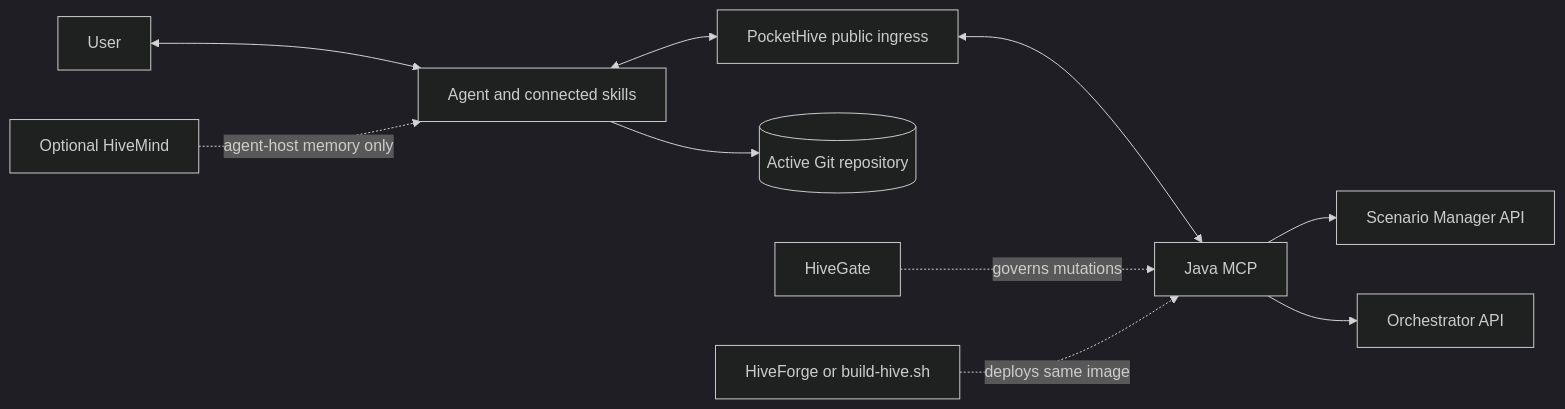
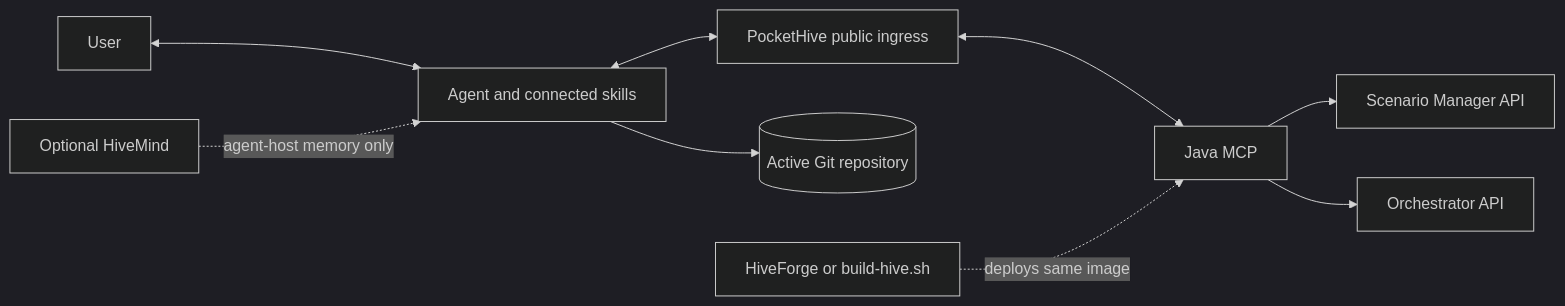
Before and after one commit to sepa79/PocketHive: the diagram in docs/archive/pre-boundary-reset/todo/pockethive-mcp-java-migration.md, drawn with Mermaid (dark theme). The commit also changed other lines of this file and 20 other files, not shown here.

```diff
--- a/docs/archive/pre-boundary-reset/todo/pockethive-mcp-java-migration.md
+++ b/docs/archive/pre-boundary-reset/todo/pockethive-mcp-java-migration.md
@@ -326,12 +325,11 @@
 ~~~mermaid
 flowchart LR
     U[User] <--> A[Agent and connected skills]
     A <--> N[PocketHive public ingress]
     N <--> M[Java MCP]
     A --> G[(Active Git repository)]
     M --> SM[Scenario Manager API]
     M --> O[Orchestrator API]
-    HG[HiveGate] -. governs mutations .-> M
     HF[HiveForge or build-hive.sh] -. deploys same image .-> M
     HM[Optional HiveMind] -. agent-host memory only .-> A
 ~~~
```
